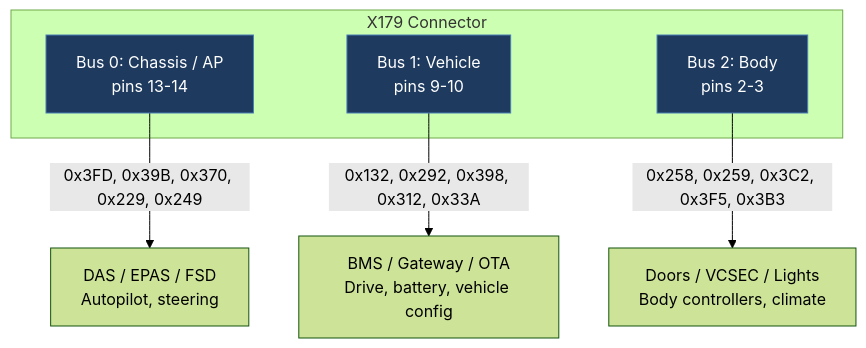
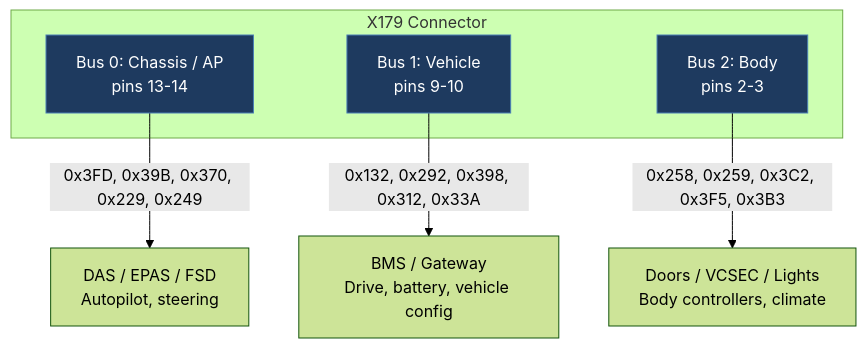
One commit to babico/TeslaCANModder changed the diagram in docs/reference/can-ids.md. Above: the diagram before and after it, drawn with Mermaid (forest theme). The commit also changed other lines of this file and 9 other files, not shown here.

````diff
--- a/docs/reference/can-ids.md
+++ b/docs/reference/can-ids.md
@@ -6,13 +6,13 @@
 ```mermaid
 flowchart TB
     subgraph X179["X179 Connector"]
         B0["Bus 0: Chassis / AP<br/>pins 13-14"]
         B1["Bus 1: Vehicle<br/>pins 9-10"]
         B2["Bus 2: Body<br/>pins 2-3"]
     end
     B0 -->|0x3FD, 0x39B, 0x370, 0x229, 0x249| ChassisIDs["DAS / EPAS / FSD<br/>Autopilot, steering"]
-    B1 -->|0x132, 0x292, 0x398, 0x312, 0x33A| VehicleIDs["BMS / Gateway / OTA<br/>Drive, battery, vehicle config"]
+    B1 -->|0x132, 0x292, 0x398, 0x312, 0x33A| VehicleIDs["BMS / Gateway<br/>Drive, battery, vehicle config"]
     B2 -->|0x258, 0x259, 0x3C2, 0x3F5, 0x3B3| BodyIDs["Doors / VCSEC / Lights<br/>Body controllers, climate"]
     classDef bus fill:#1e3a5f,stroke:#4a7fb5,color:#fff
     class B0,B1,B2 bus
 ```
````
